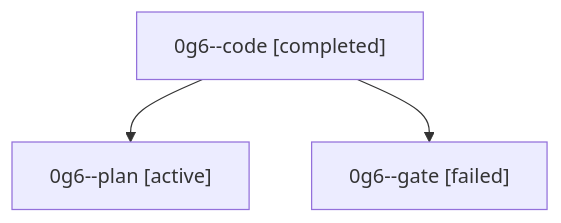
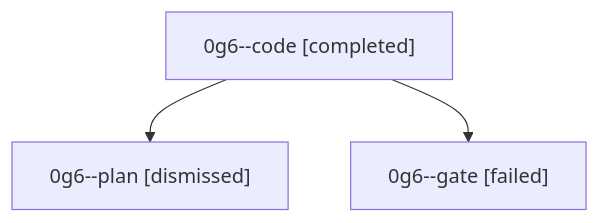
The diagram in sessions/bbugyi200.athena.0g6.md (sase-org/sase--agents), drawn with Mermaid before and after one commit. The commit also changed other lines of this file and 36 other files, not shown here.

````diff
--- a/sessions/bbugyi200.athena.0g6.md
+++ b/sessions/bbugyi200.athena.0g6.md
@@ -9,8 +9,8 @@
 ```mermaid
 flowchart TD
   n0["0g6--code [completed]"]
-  n1["0g6--plan [active]"]
+  n1["0g6--plan [dismissed]"]
   n0 --> n1
   n2["0g6--gate [failed]"]
   n0 --> n2
 ```
````
